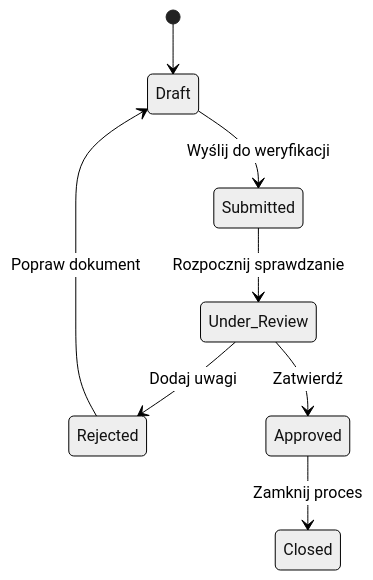
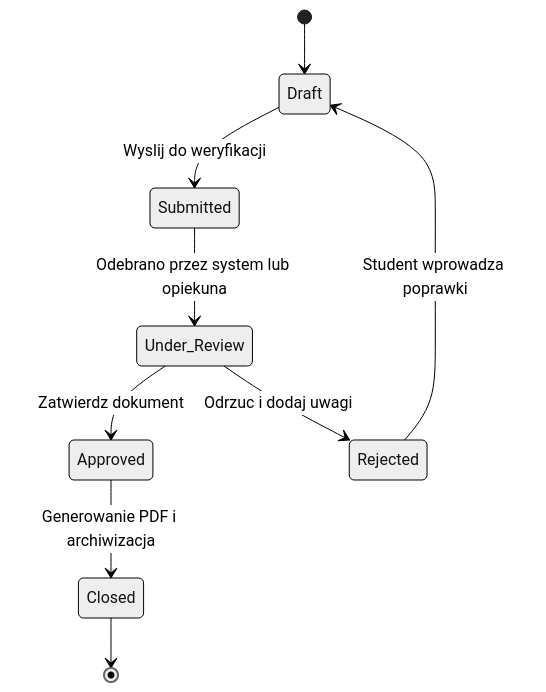
Before and after one commit to yunayana/Practice_management_system: the second of 7 diagrams in README.md, drawn with Mermaid (neutral theme). The commit also changed other lines of this file, not shown here.

First line of the commit message:
Enhance README with detailed project overview and diagrams

````diff
--- a/README.md
+++ b/README.md
@@ -28,10 +65,15 @@
 ```mermaid
 stateDiagram-v2
     [*] --> Draft
-    Draft --> Submitted: Wyślij do weryfikacji
-    Submitted --> Under_Review: Rozpocznij sprawdzanie
-    Under_Review --> Rejected: Dodaj uwagi
-    Under_Review --> Approved: Zatwierdź
-    Rejected --> Draft: Popraw dokument
-    Approved --> Closed: Zamknij proces
+
+    Draft --> Submitted: Wyslij do weryfikacji
+    Submitted --> Under_Review: Odebrano przez system lub opiekuna
+
+    Under_Review --> Approved: Zatwierdz dokument
+    Under_Review --> Rejected: Odrzuc i dodaj uwagi
+
+    Rejected --> Draft: Student wprowadza poprawki
+
+    Approved --> Closed: Generowanie PDF i archiwizacja
+    Closed --> [*]
 ```
````
